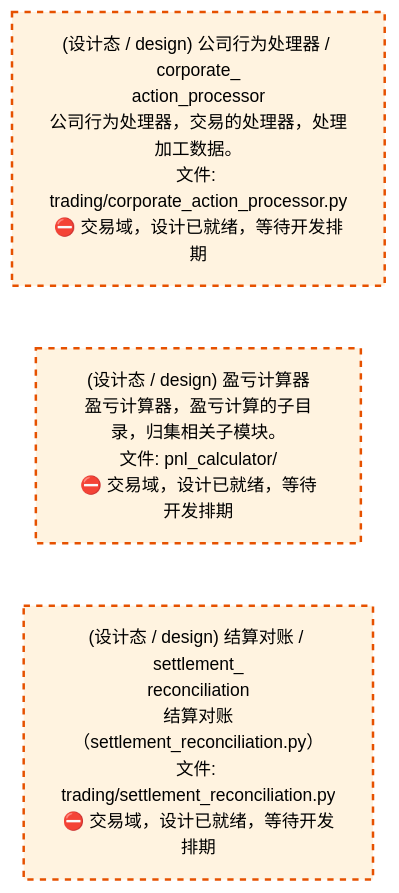
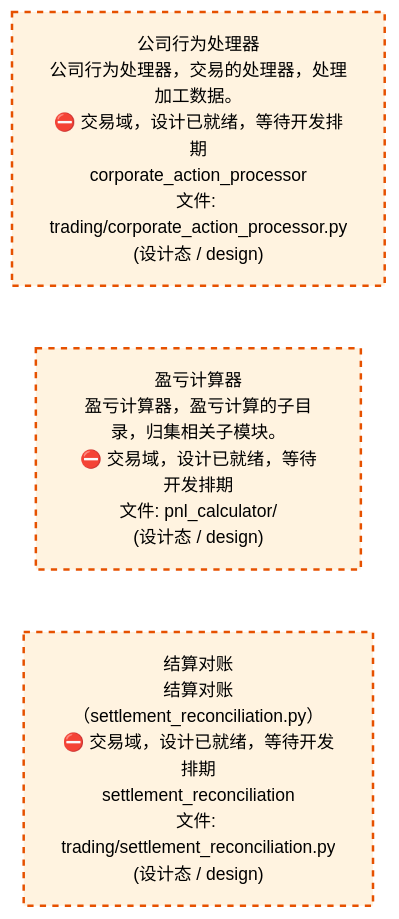
The third of 4 diagrams in docs/02_enterprise_architecture/02_domain_architecture_docs/72_d_trading.md (xuanFelixVan/ZephyrAlpha), drawn with Mermaid before and after one commit. The commit also changed other lines of this file and 62 other files, not shown here.

````diff
--- a/docs/02_enterprise_architecture/02_domain_architecture_docs/72_d_trading.md
+++ b/docs/02_enterprise_architecture/02_domain_architecture_docs/72_d_trading.md
@@ -298,14 +298,14 @@
 ```mermaid
 %%{init: {'theme': 'base', 'themeVariables': {'primaryColor': '#eaeaea', 'primaryTextColor': '#333333', 'primaryBorderColor': '#666666', 'lineColor': '#666666', 'secondaryColor': '#eaeaea', 'tertiaryColor': '#eaeaea', 'fontSize': '14px'}}}%%
 flowchart TD
-    src_zephyr_trading_corporate_action_processor_py["(设计态 / design) 公司行为处理器 / corporate_<br/>action_processor<br/>公司行为处理器，交易的处理器，处理加工数据。<br/>文件: trading/corporate_action_processor.py<br/>⛔ 交易域，设计已就绪，等待开发排期"]
-    src_zephyr_trading_pnl_calculator["(设计态 / design) 盈亏计算器<br/>盈亏计算器，盈亏计算的子目录，归集相关子模块。<br/>文件: pnl_calculator/<br/>⛔ 交易域，设计已就绪，等待开发排期"]
-    src_zephyr_trading_settlement_reconciliation_py["(设计态 / design) 结算对账 / settlement_<br/>reconciliation<br/>结算对账（settlement_reconciliation.py）<br/>文件: trading/settlement_reconciliation.py<br/>⛔ 交易域，设计已就绪，等待开发排期"]
+    src_zephyr_trading_corporate_action_processor_py["公司行为处理器<br/>公司行为处理器，交易的处理器，处理加工数据。<br/>⛔ 交易域，设计已就绪，等待开发排期<br/>corporate_action_processor<br/>文件: trading/corporate_action_processor.py<br/>(设计态 / design)"]
+    src_zephyr_trading_pnl_calculator["盈亏计算器<br/>盈亏计算器，盈亏计算的子目录，归集相关子模块。<br/>⛔ 交易域，设计已就绪，等待开发排期<br/>文件: pnl_calculator/<br/>(设计态 / design)"]
+    src_zephyr_trading_settlement_reconciliation_py["结算对账<br/>结算对账（settlement_reconciliation.py）<br/>⛔ 交易域，设计已就绪，等待开发排期<br/>settlement_reconciliation<br/>文件: trading/settlement_reconciliation.py<br/>(设计态 / design)"]
     src_zephyr_trading_corporate_action_processor_py ~~~ src_zephyr_trading_pnl_calculator
     src_zephyr_trading_pnl_calculator ~~~ src_zephyr_trading_settlement_reconciliation_py
     classDef production fill:#e1f5fe,stroke:#01579b,stroke-width:2px,color:#000
     classDef design fill:#fff3e0,stroke:#e65100,stroke-width:2px,color:#000,stroke-dasharray: 5 5
     classDef external_prod fill:#e8f4fd,stroke:#0277bd,stroke-width:1px,color:#000
     classDef external_design fill:#fff8e7,stroke:#ef6c00,stroke-width:1px,color:#000,stroke-dasharray: 5 5
     class src_zephyr_trading_corporate_action_processor_py,src_zephyr_trading_pnl_calculator,src_zephyr_trading_settlement_reconciliation_py design
 ```
````
